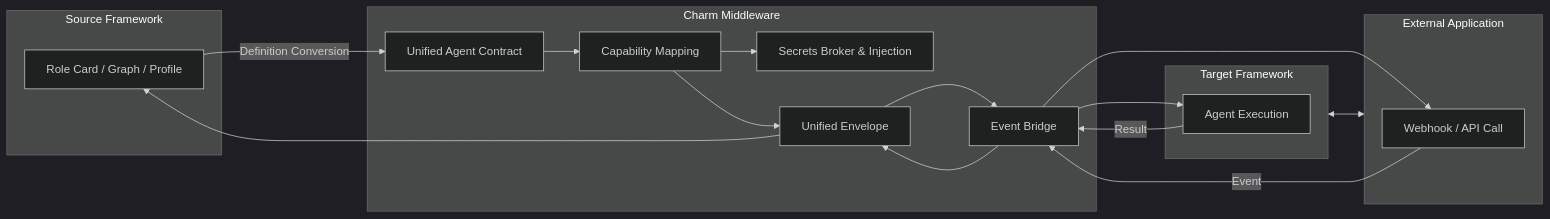
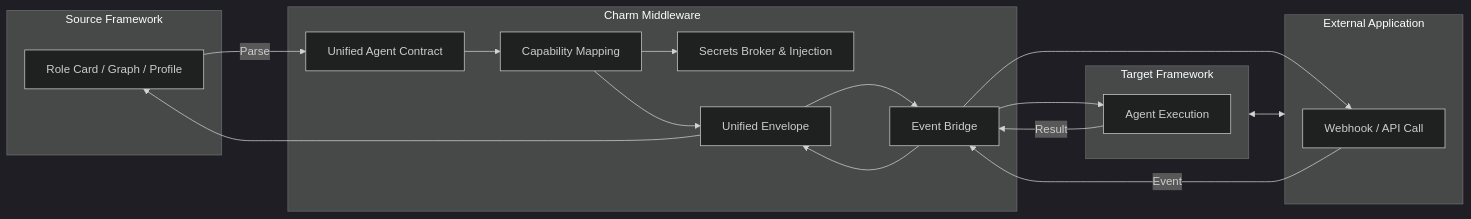
Before and after one commit to CharmAIOS/CharmOS: the diagram in v1/README.md, drawn with Mermaid (dark theme).

````diff
--- a/v1/README.md
+++ b/v1/README.md
@@ -3,33 +3,33 @@
 ```mermaid
 flowchart LR
     subgraph FrameworkA["Source Framework"]
         A1[Role Card / Graph / Profile]
     end
 
     subgraph Charm["Charm Middleware"]
         C1[Unified Agent Contract]
         C2[Capability Mapping]
         C3[Secrets Broker & Injection]
         C4[Unified Envelope]
         C5[Event Bridge]
     end
 
     subgraph FrameworkB["Target Framework"]
         B1[Agent Execution]
     end
 
     subgraph ExternalApp["External Application"]
         E1[Webhook / API Call]
     end
 
     %% Flow
-    A1 -->|Definition Conversion| C1
+    A1 -->|Parse| C1
     C1 --> C2 --> C3
     C2 --> C4
     C4 --> C5
     C5 --> E1 -->|Event| C5 --> B1
     B1 -->|Result| C5 --> C4 --> A1
 
     %% Extra arrow
     FrameworkB <--> ExternalApp
 ```
````
